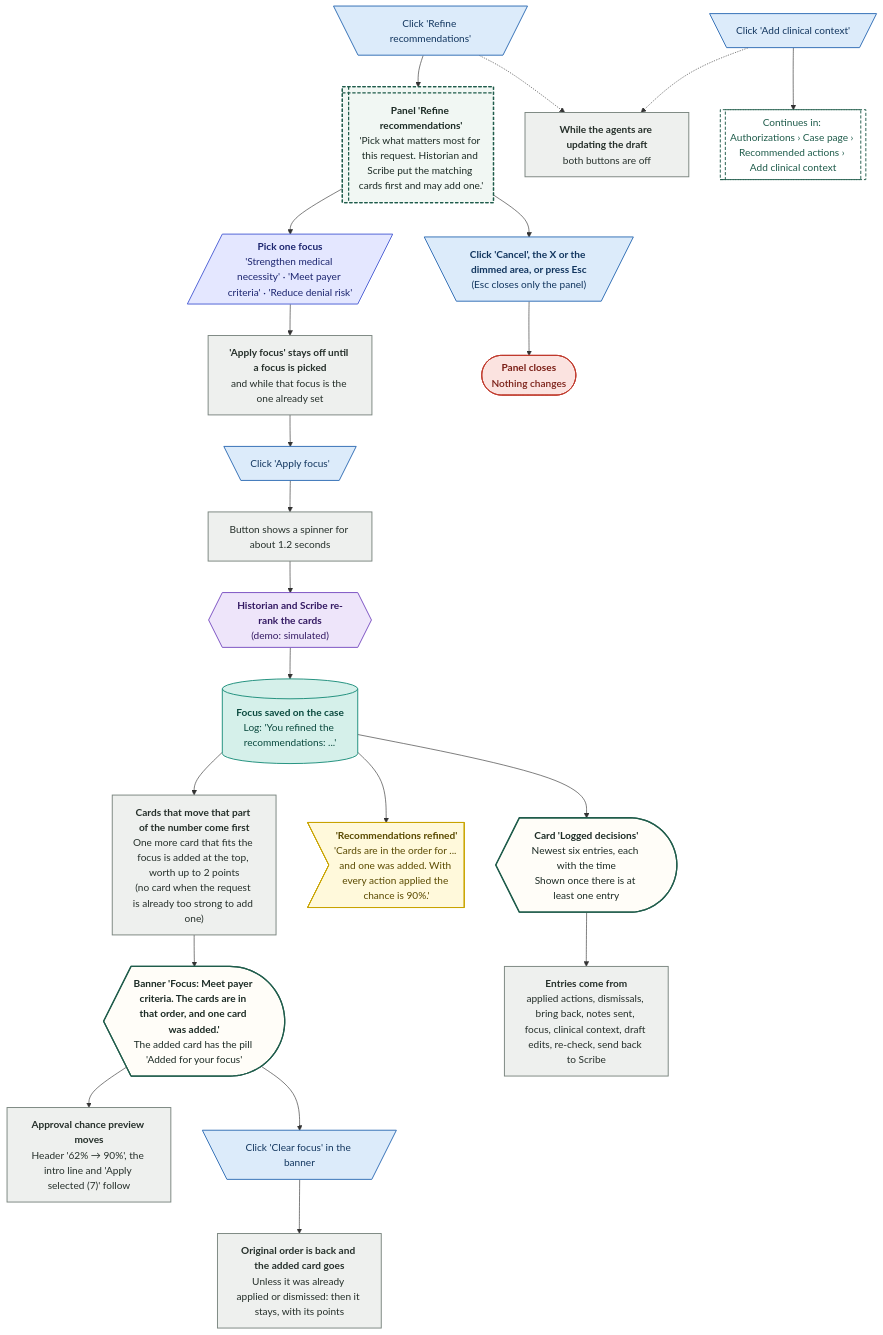
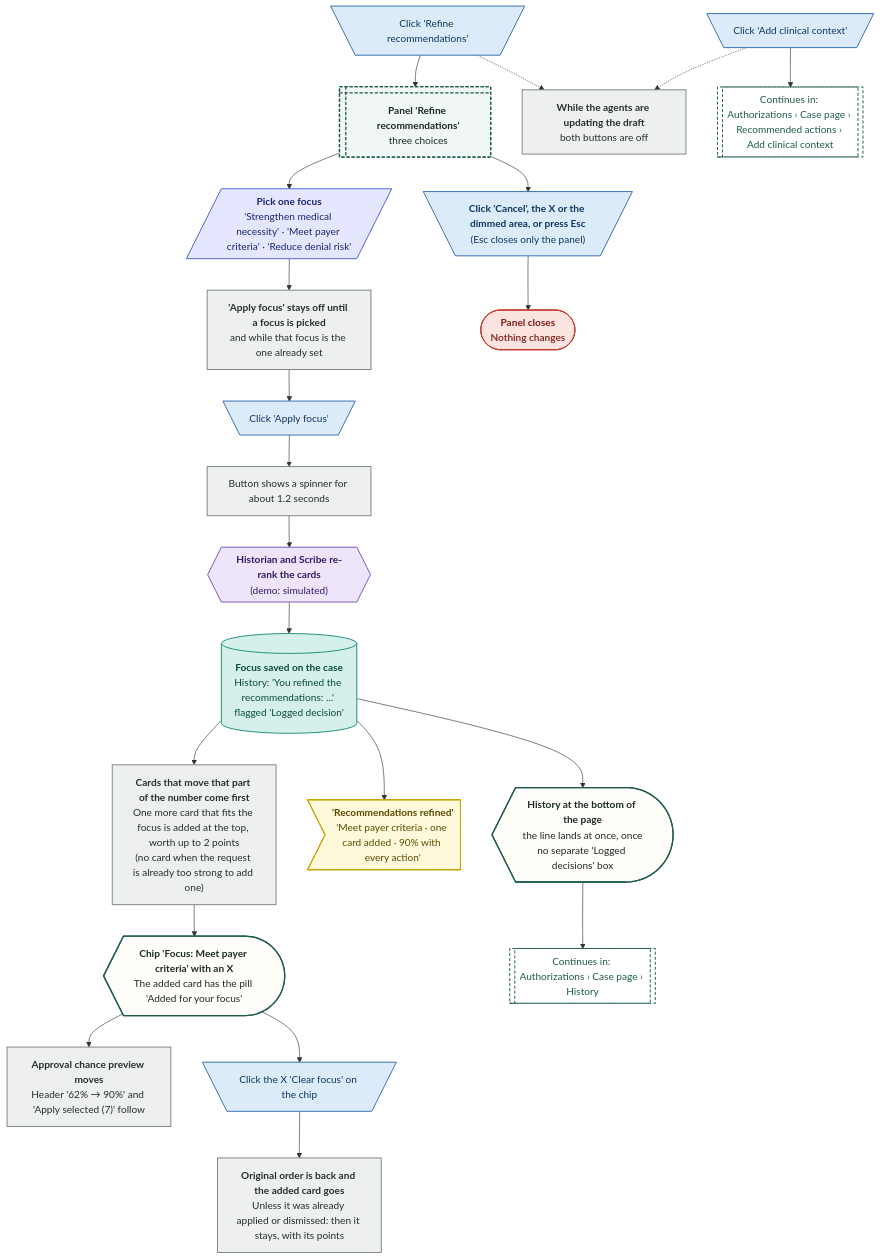
Before and after one commit to Shrav143/psyfloapp: the diagram in demos/prior-auth-demo/workflows/out/mmd/03-authorizations/38-actions-refine-and-context.mmd, drawn with Mermaid. The commit also changed 202 other files, not shown here.

First line of the commit message:
docs: round 6 README, CONVENTIONS, spec section 17, diagram module blurbs and 336 rebuilt diagrams

```diff
--- a/demos/prior-auth-demo/workflows/out/mmd/03-authorizations/38-actions-refine-and-context.mmd
+++ b/demos/prior-auth-demo/workflows/out/mmd/03-authorizations/38-actions-refine-and-context.mmd
@@ -1,59 +1,58 @@
 %%{init: {"theme":"base","themeVariables":{"fontFamily":"'DM Sans', 'Segoe UI', system-ui, sans-serif","fontSize":"15px","lineColor":"#5B6B63","primaryTextColor":"#1C2B25","clusterBkg":"#FBF8F3","clusterBorder":"#D9CDBB","edgeLabelBackground":"#FFFFFF"},"flowchart":{"curve":"basis","nodeSpacing":36,"rankSpacing":48,"padding":12,"htmlLabels":true,"useMaxWidth":false,"wrappingWidth":230}} }%%
 flowchart TD
   classDef k_start fill:#1F5C4B,stroke:#174638,color:#FFFFFF,stroke-width:1.5px,font-weight:600
   classDef k_end fill:#DDEFE3,stroke:#2E7D4F,color:#14502F,stroke-width:1.5px,font-weight:600
   classDef k_endx fill:#FBE3E0,stroke:#C0392B,color:#7A1F16,stroke-width:1.5px,font-weight:600
   classDef k_screen fill:#FFFDF8,stroke:#1F5C4B,color:#1C2B25,stroke-width:2px
   classDef k_overlay fill:#F1F7F3,stroke:#1F5C4B,color:#1C2B25,stroke-width:2px,stroke-dasharray:5 3
   classDef k_click fill:#DCEBFA,stroke:#2F6DB5,color:#12365F,stroke-width:1.5px
   classDef k_input fill:#E4E7FF,stroke:#4C5FD5,color:#1D2670,stroke-width:1.5px
   classDef k_process fill:#EEF0EE,stroke:#7A857F,color:#26302B,stroke-width:1.5px
   classDef k_agent fill:#EEE5FA,stroke:#7A4FC2,color:#341A63,stroke-width:1.5px
   classDef k_decision fill:#FFF0CC,stroke:#D9962B,color:#5C3B00,stroke-width:1.5px
   classDef k_store fill:#D5F0EA,stroke:#1C8E7B,color:#0B4A3F,stroke-width:1.5px
   classDef k_doc fill:#F6E9DC,stroke:#B07A4C,color:#4A2E14,stroke-width:1.5px
   classDef k_ext fill:#FFE6D2,stroke:#E07B39,color:#6B2F06,stroke-width:1.5px
   classDef k_wait fill:#E4E8EE,stroke:#6B7C93,color:#26303D,stroke-width:1.5px
   classDef k_toast fill:#FFF9DB,stroke:#C9A400,color:#5A4A00,stroke-width:1.5px
   classDef k_goto fill:#FFFFFF,stroke:#1F5C4B,color:#1F5C4B,stroke-width:1.5px,stroke-dasharray:5 3
   rf@{ shape: trap-t, label: "Click 'Refine recommendations'" }
-  rm@{ shape: win-pane, label: "<b>Panel 'Refine recommendations'</b><br/>'Pick what matters most for this request. Historian and Scribe put the matching cards first and may add one.'" }
+  rm@{ shape: win-pane, label: "<b>Panel 'Refine recommendations'</b><br/>three choices" }
   rp@{ shape: lean-r, label: "<b>Pick one focus</b><br/>'Strengthen medical necessity' · 'Meet payer criteria' · 'Reduce denial risk'" }
   rd@{ shape: rect, label: "<b>'Apply focus' stays off until a focus is picked</b><br/>and while that focus is the one already set" }
   ra@{ shape: trap-t, label: "Click 'Apply focus'" }
   rx@{ shape: trap-t, label: "<b>Click 'Cancel', the X or the dimmed area, or press Esc</b><br/>(Esc closes only the panel)" }
   re@{ shape: stadium, label: "<b>Panel closes</b><br/>Nothing changes" }
   sp@{ shape: rect, label: "Button shows a spinner for about 1.2 seconds" }
   hs@{ shape: hex, label: "<b>Historian and Scribe re-rank the cards</b><br/>(demo: simulated)" }
-  fs@{ shape: cyl, label: "<b>Focus saved on the case</b><br/>Log: 'You refined the recommendations: ...'" }
+  fs@{ shape: cyl, label: "<b>Focus saved on the case</b><br/>History: 'You refined the recommendations: ...' flagged 'Logged decision'" }
   ro@{ shape: rect, label: "<b>Cards that move that part of the number come first</b><br/>One more card that fits the focus is added at the top, worth up to 2 points<br/>(no card when the request is already too strong to add one)" }
-  fb@{ shape: curv-trap, label: "<b>Banner 'Focus: Meet payer criteria. The cards are in that order, and one card was added.'</b><br/>The added card has the pill 'Added for your focus'" }
-  pv@{ shape: rect, label: "<b>Approval chance preview moves</b><br/>Header '62% → 90%', the intro line and 'Apply selected (7)' follow" }
-  tr@{ shape: odd, label: "<b>'Recommendations refined'</b><br/>'Cards are in the order for ... and one was added. With every action applied the chance is 90%.'" }
-  cf@{ shape: trap-t, label: "Click 'Clear focus' in the banner" }
+  fb@{ shape: curv-trap, label: "<b>Chip 'Focus: Meet payer criteria' with an X</b><br/>The added card has the pill 'Added for your focus'" }
+  pv@{ shape: rect, label: "<b>Approval chance preview moves</b><br/>Header '62% → 90%' and 'Apply selected (7)' follow" }
+  tr@{ shape: odd, label: "<b>'Recommendations refined'</b><br/>'Meet payer criteria · one card added · 90% with every action'" }
+  cf@{ shape: trap-t, label: "Click the X 'Clear focus' on the chip" }
   cr@{ shape: rect, label: "<b>Original order is back and the added card goes</b><br/>Unless it was already applied or dismissed: then it stays, with its points" }
   lk@{ shape: rect, label: "<b>While the agents are updating the draft</b><br/>both buttons are off" }
   cc@{ shape: trap-t, label: "Click 'Add clinical context'" }
   g1@{ shape: subproc, label: "Continues in: Authorizations › Case page › Recommended actions › Add clinical context" }
-  lg@{ shape: curv-trap, label: "<b>Card 'Logged decisions'</b><br/>Newest six entries, each with the time<br/>Shown once there is at least one entry" }
-  en@{ shape: rect, label: "<b>Entries come from</b><br/>applied actions, dismissals, bring back, notes sent, focus, clinical context, draft edits, re-check, send back to Scribe" }
+  lg@{ shape: curv-trap, label: "<b>History at the bottom of the page</b><br/>the line lands at once, once<br/>no separate 'Logged decisions' box" }
+  g2@{ shape: subproc, label: "Continues in: Authorizations › Case page › History" }
   rf --> rm --> rp --> rd --> ra
   rm --> rx --> re
   ra --> sp --> hs --> fs --> ro --> fb --> pv
   fs --> tr
-  fs --> lg
+  fs --> lg --> g2
   fb --> cf --> cr
-  lg --> en
   rf -.-> lk
   cc -.-> lk
   cc --> g1
   class rf,ra,rx,cf,cc k_click
   class rm k_overlay
   class rp k_input
-  class rd,sp,ro,pv,cr,lk,en k_process
+  class rd,sp,ro,pv,cr,lk k_process
   class re k_endx
   class hs k_agent
   class fs k_store
   class fb,lg k_screen
   class tr k_toast
-  class g1 k_goto
+  class g1,g2 k_goto
```
